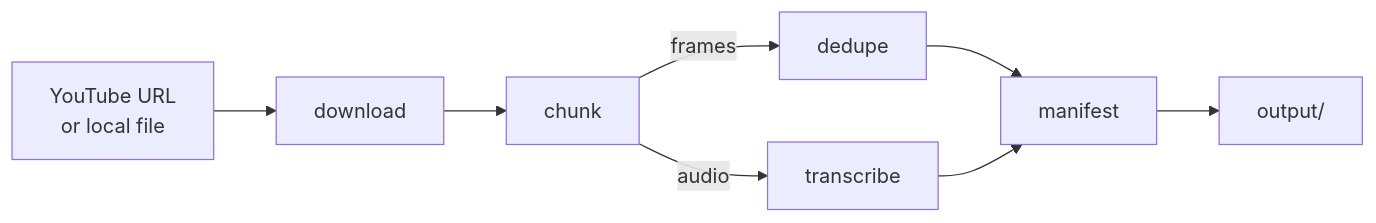
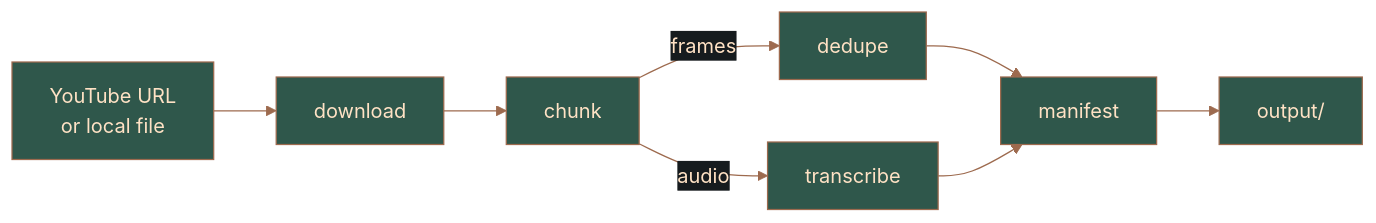
Before and after one commit to DeanT-04/ai-watching-youtube: the diagram in README.md, drawn with Mermaid. The commit also changed other lines of this file, not shown here.

Commit message:
Theme badges and flow diagram to banner palette

````diff
--- a/README.md
+++ b/README.md
@@ -67,10 +74,11 @@
 ```mermaid
+%%{init: {"theme": "base", "themeVariables": {"background": "#161b1e", "primaryColor": "#2f574b", "primaryTextColor": "#ffe2c5", "primaryBorderColor": "#9d6a4e", "lineColor": "#9d6a4e", "fontSize": "16px", "edgeLabelBackground": "#161b1e"}}}%%
 flowchart LR
     URL["YouTube URL<br/>or local file"] --> DL["download"]
     DL --> CH["chunk"]
     CH -->|frames| DE["dedupe"]
     CH -->|audio| TR["transcribe"]
     DE --> MA["manifest"]
     TR --> MA
     MA --> OUT["output/"]
 ```
````
